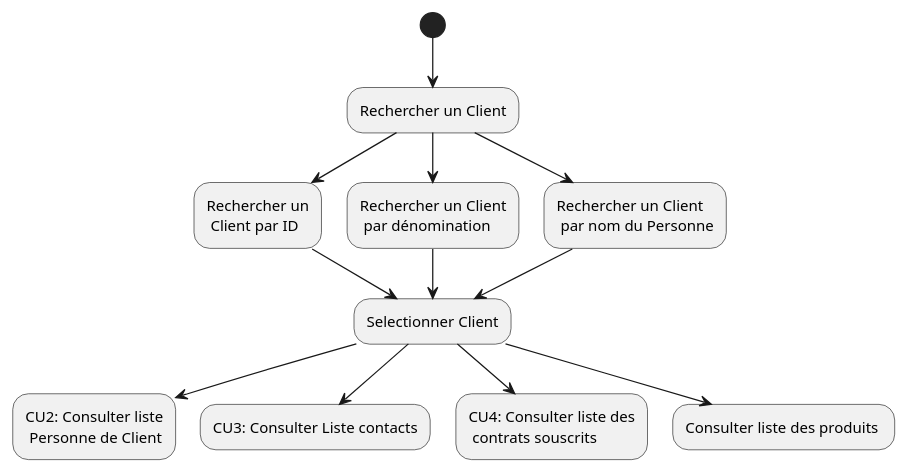
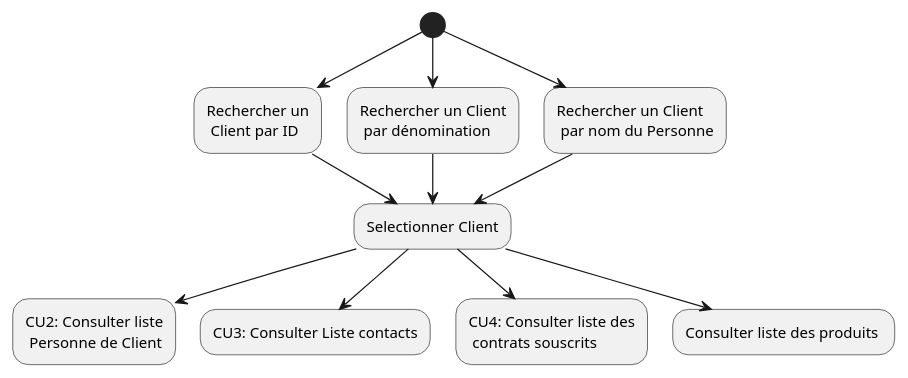
One commit to HZjiadong/PLD-MARS changed the diagram in src/documentation/CU1_DA.puml. Above: the diagram before and after it, drawn with PlantUML. The commit also changed 1 other file, not shown here.

```diff
--- a/src/documentation/CU1_DA.puml
+++ b/src/documentation/CU1_DA.puml
@@ -1,15 +1,14 @@
 @startuml
-(*)  --> "Rechercher un Client"
-"Rechercher un Client" --> "Rechercher un\n Client par ID"
-"Rechercher un Client" --> "Rechercher un Client\n par dénomination"
-"Rechercher un Client" --> "Rechercher un Client\n par nom du Personne"
+(*) --> "Rechercher un\n Client par ID"
+(*)  --> "Rechercher un Client\n par dénomination"
+(*)  --> "Rechercher un Client\n par nom du Personne"
 
 "Rechercher un\n Client par ID" --> "Selectionner Client"
 "Rechercher un Client\n par dénomination" --> "Selectionner Client"
 "Rechercher un Client\n par nom du Personne" --> "Selectionner Client"
 
 "Selectionner Client" --> "CU2: Consulter liste\n Personne de Client"
 "Selectionner Client" --> "CU3: Consulter Liste contacts"
 "Selectionner Client" --> "CU4: Consulter liste des\n contrats souscrits"
 "Selectionner Client" --> "Consulter liste des produits "
 @enduml
```
